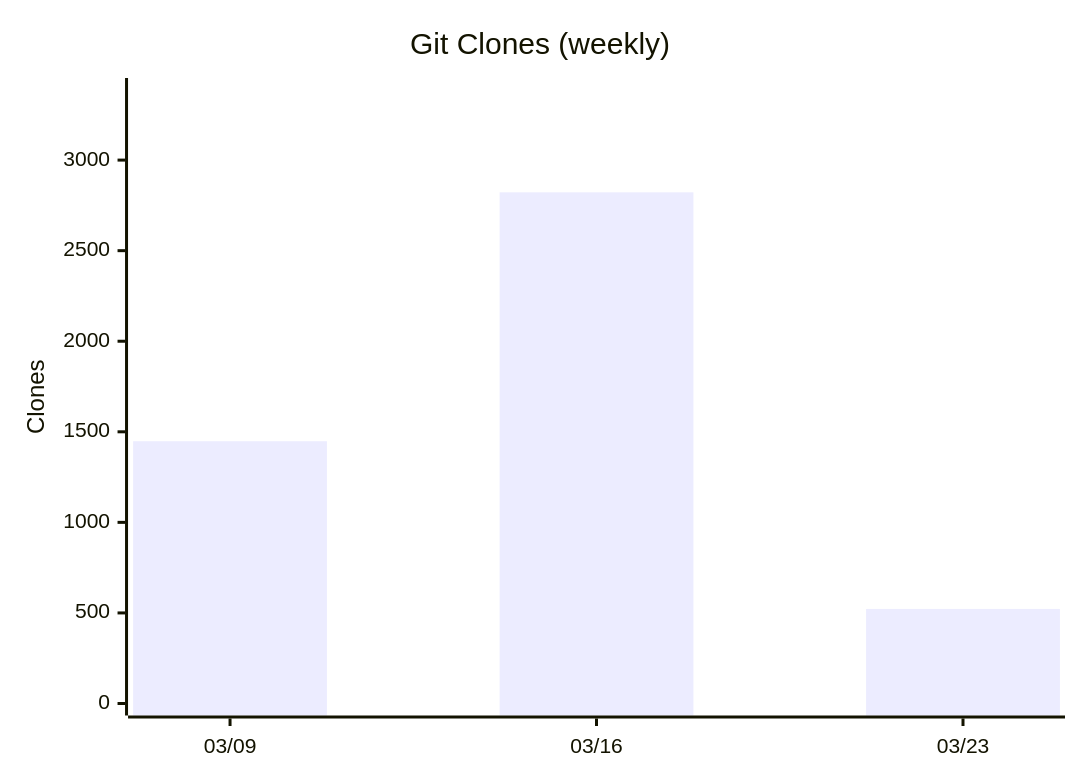
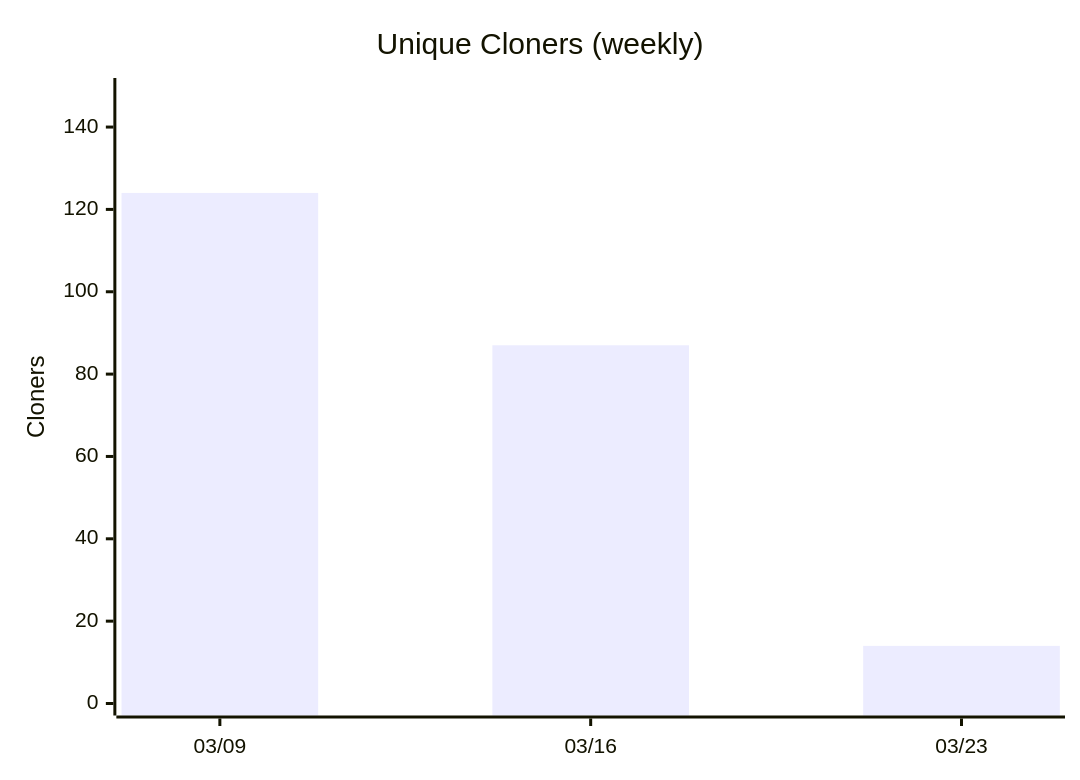
Diagram 14 of 14 in docs/metrics.md (nablarch/nabledge-dev), drawn with Mermaid before and after one commit. The commit also changed other lines of this file, not shown here.

````diff
--- a/docs/metrics.md
+++ b/docs/metrics.md
@@ -169,7 +169,7 @@
 ```mermaid
 xychart-beta
-  title "Git Clones (weekly)"
+  title "Unique Cloners (weekly)"
   x-axis ["03/09", "03/16", "03/23"]
-  y-axis "Clones" 0 --> 3387
-  bar [1448, 2822, 522]
+  y-axis "Cloners" 0 --> 149
+  bar [124, 87, 14]
 ```
````
